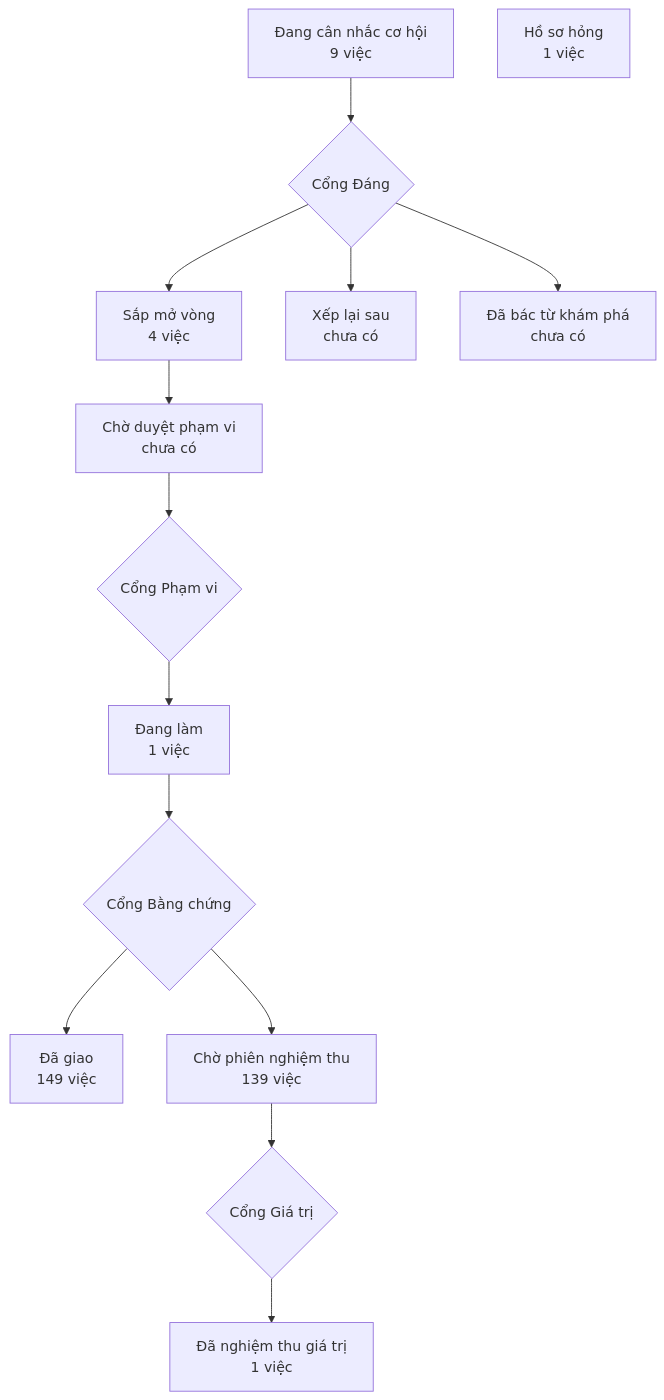
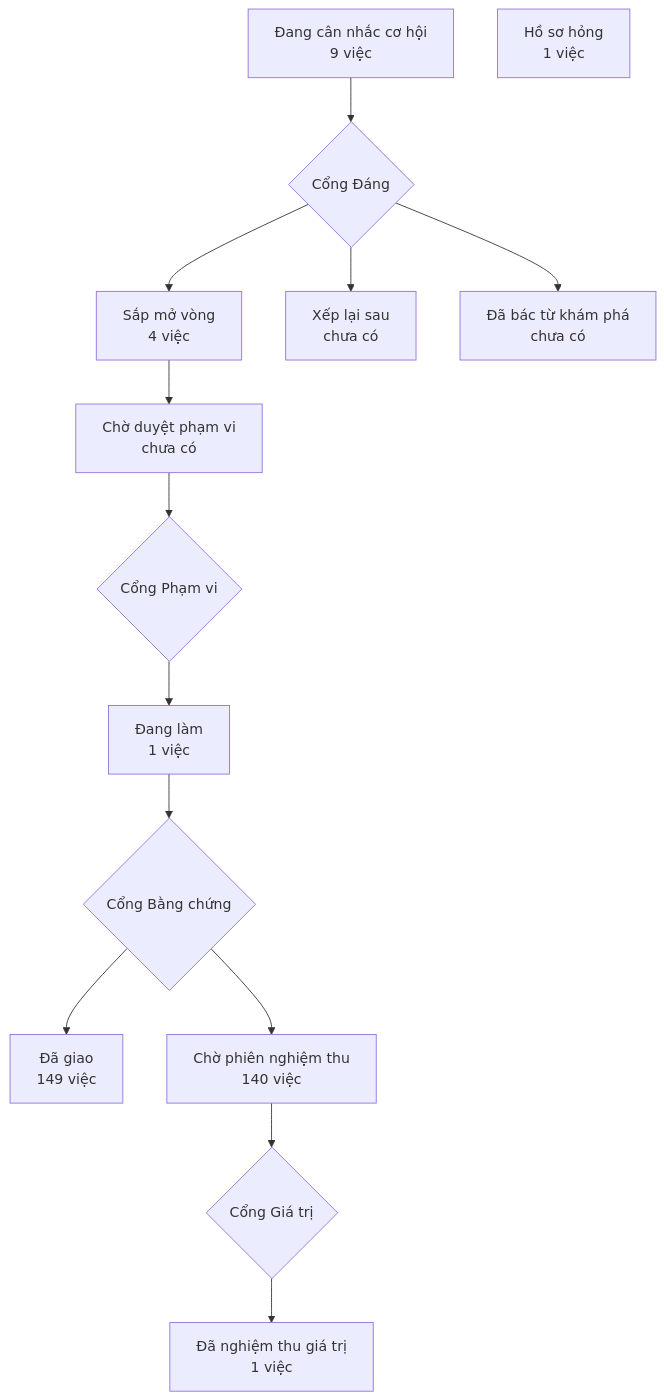
Before and after one commit to phanlemanh/crm-onehub: the diagram in PRODUCT-MAP.md, drawn with Mermaid. The commit also changed 1 other file, not shown here.

Commit message:
docs(lo-trinh-hien-ngay-du-kien): vẽ lại LO-TRINH.html và bản đồ trong clone độc lập sau gộp onehub

````diff
--- a/PRODUCT-MAP.md
+++ b/PRODUCT-MAP.md
@@ -7,13 +7,13 @@
 ```mermaid
 flowchart TD
   A["Đang cân nhắc cơ hội<br/>9 việc"] --> GD{"Cổng Đáng"}
   GD --> B["Sắp mở vòng<br/>4 việc"]
   GD --> XL["Xếp lại sau<br/>chưa có"]
   GD --> DB["Đã bác từ khám phá<br/>chưa có"]
   B --> CD["Chờ duyệt phạm vi<br/>chưa có"] --> GP{"Cổng Phạm vi"}
   GP --> DL["Đang làm<br/>1 việc"] --> GB{"Cổng Bằng chứng"}
   GB --> DG["Đã giao<br/>149 việc"]
-  GB --> CN["Chờ phiên nghiệm thu<br/>139 việc"] --> GG{"Cổng Giá trị"}
+  GB --> CN["Chờ phiên nghiệm thu<br/>140 việc"] --> GG{"Cổng Giá trị"}
   GG --> NT["Đã nghiệm thu giá trị<br/>1 việc"]
   HS["Hồ sơ hỏng<br/>1 việc"]
 ```
````
